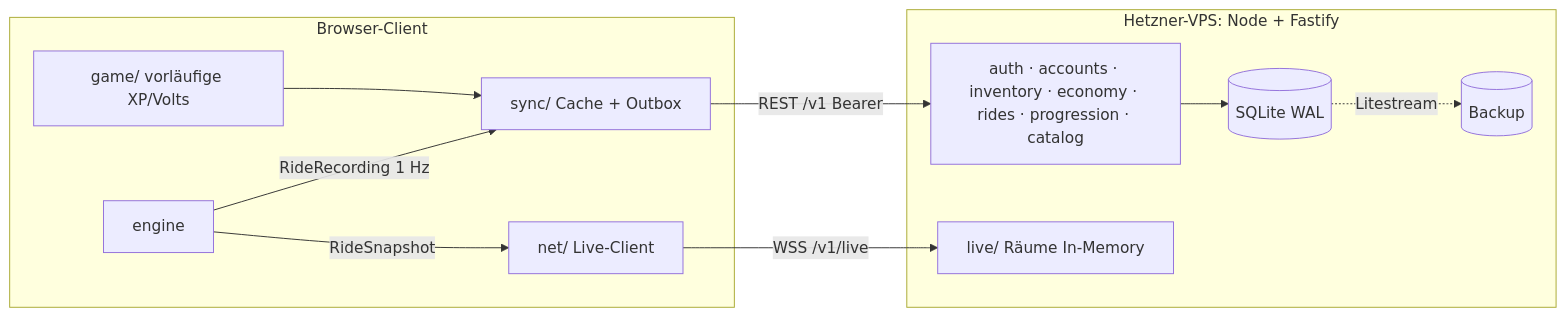
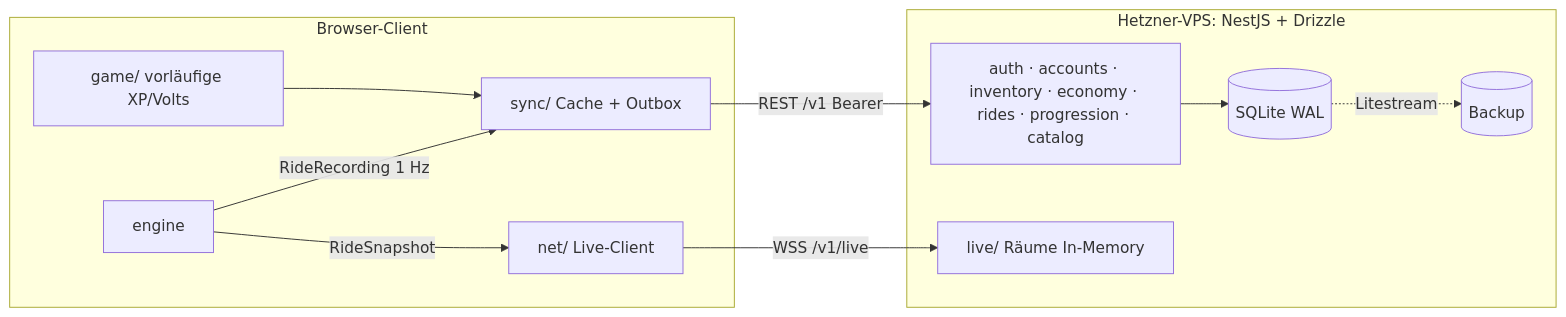
One commit to henrysachs/voltonaut changed the second of 2 diagrams in docs/01-architecture.md. Above: the diagram before and after it, drawn with Mermaid. The commit also changed other lines of this file and 3 other files, not shown here.

````diff
--- a/docs/01-architecture.md
+++ b/docs/01-architecture.md
@@ -178,17 +185,17 @@
 ```mermaid
 flowchart LR
   subgraph Client[Browser-Client]
     G[game/ vorläufige XP/Volts] --> SY[sync/ Cache + Outbox]
     E[engine] -- RideRecording 1 Hz --> SY
     NET[net/ Live-Client]
     E -- RideSnapshot --> NET
   end
   SY -- REST /v1 Bearer --> API
   NET -- WSS /v1/live --> LIVE
-  subgraph Server[Hetzner-VPS: Node + Fastify]
+  subgraph Server[Hetzner-VPS: NestJS + Drizzle]
     API[auth · accounts · inventory · economy · rides · progression · catalog]
     LIVE[live/ Räume In-Memory]
     API --> DB[(SQLite WAL)]
     DB -. Litestream .-> BK[(Backup)]
   end
 ```
````
